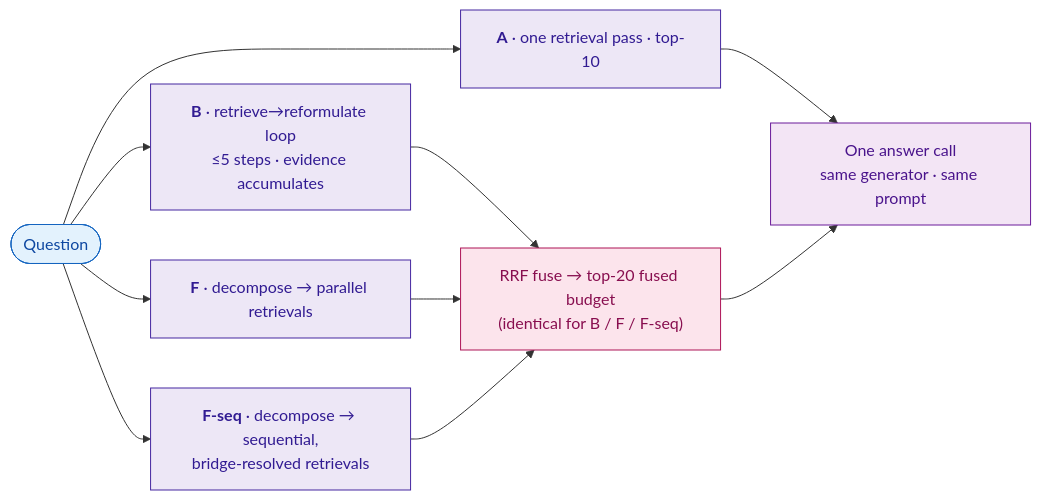
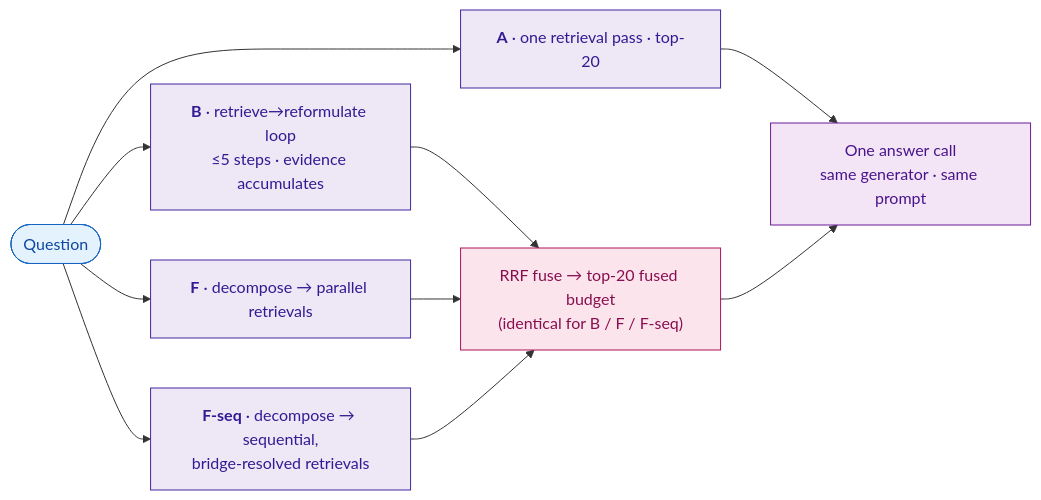
One commit to rudramansoomirtee-ctrl/rag-benchmark changed the second of 7 diagrams in thesis/chapter3_methodology.md. Above: the diagram before and after it, drawn with Mermaid. The commit also changed other lines of this file and 3 other files, not shown here.

First line of the commit message:
Uniform answer budget: top_k 10→20 (+ retrieval_pool 40), drop asymmetry caveat

````diff
--- a/thesis/chapter3_methodology.md
+++ b/thesis/chapter3_methodology.md
@@ -92,19 +92,19 @@
 ```mermaid
 flowchart LR
     Q(["Question"]):::data
     Q --> A0 & B0 & F0 & FS0
-    A0["<b>A</b> · one retrieval pass · top-10"]:::sys
+    A0["<b>A</b> · one retrieval pass · top-20"]:::sys
     B0["<b>B</b> · retrieve→reformulate loop<br/>≤5 steps · evidence accumulates"]:::sys
     F0["<b>F</b> · decompose → parallel retrievals"]:::sys
     FS0["<b>F-seq</b> · decompose → sequential,<br/>bridge-resolved retrievals"]:::sys
     B0 --> FUSE
     F0 --> FUSE
     FS0 --> FUSE
     A0 --> ANS
     FUSE["RRF fuse → top-20 fused budget<br/>(identical for B / F / F-seq)"]:::fixed
     FUSE --> ANS["One answer call<br/>same generator · same prompt"]:::out
     classDef data fill:#e3f2fd,stroke:#1565c0,color:#0d47a1
     classDef sys fill:#ede7f6,stroke:#4527a0,color:#311b92
     classDef fixed fill:#fce4ec,stroke:#ad1457,color:#880e4f
     classDef out fill:#f3e5f5,stroke:#6a1b9a,color:#4a148c
 ```
````
